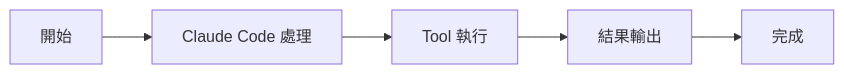
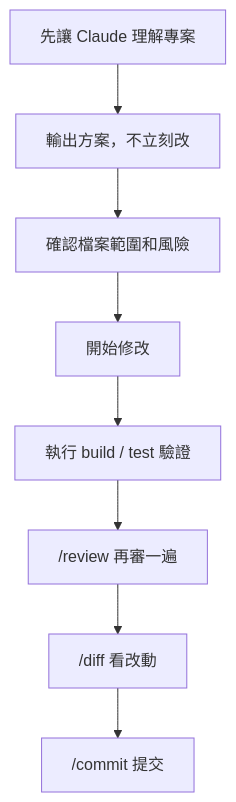
One commit to gemini960114/CC changed the first of 3 diagrams in 04_Claude_Code_進階使用經驗分享.md. Above: the diagram before and after it, drawn with Mermaid. The commit also changed other lines of this file, not shown here.

````diff
--- a/04_Claude_Code_進階使用經驗分享.md
+++ b/04_Claude_Code_進階使用經驗分享.md
@@ -49,7 +49,10 @@
 ```mermaid
-flowchart LR
-    A[開始] --> B[Claude Code 處理]
-    B --> C[Tool 執行]
-    C --> D[結果輸出]
-    D --> E[完成]
+flowchart TD
+    A[先讓 Claude 理解專案] --> B[輸出方案，不立刻改]
+    B --> C[確認檔案範圍和風險]
+    C --> D[開始修改]
+    D --> E[執行 build / test 驗證]
+    E --> F["/review 再審一遍"]
+    F --> G["/diff 看改動"]
+    G --> H["/commit 提交"]
 ```
````
